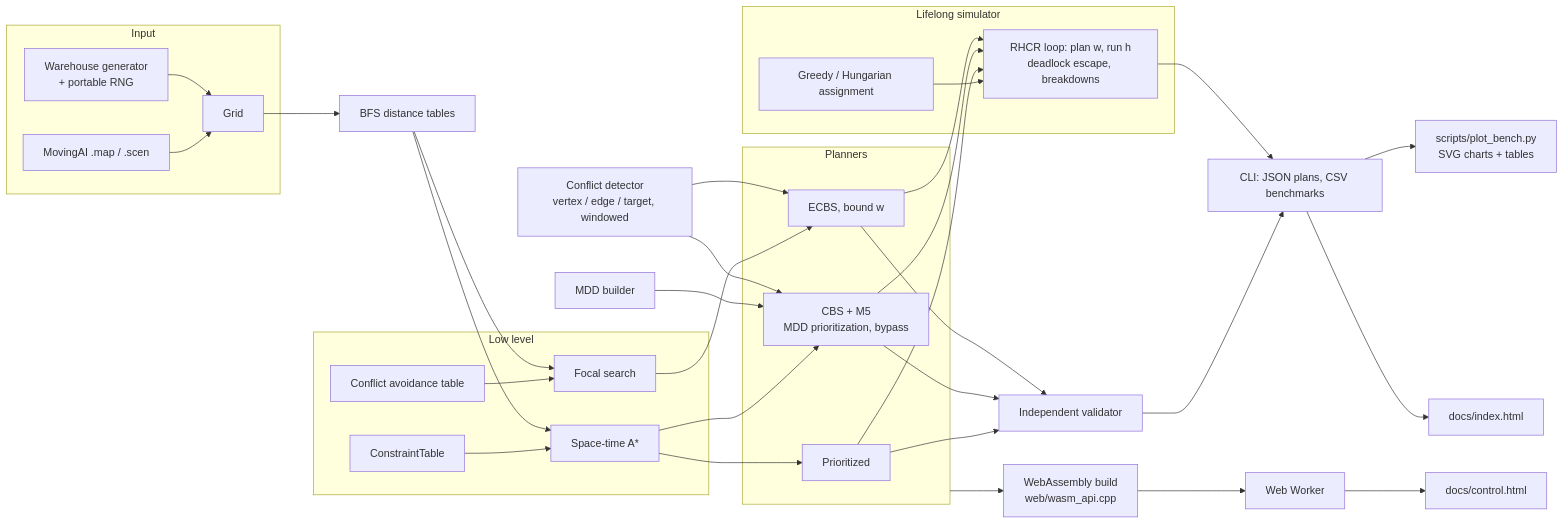
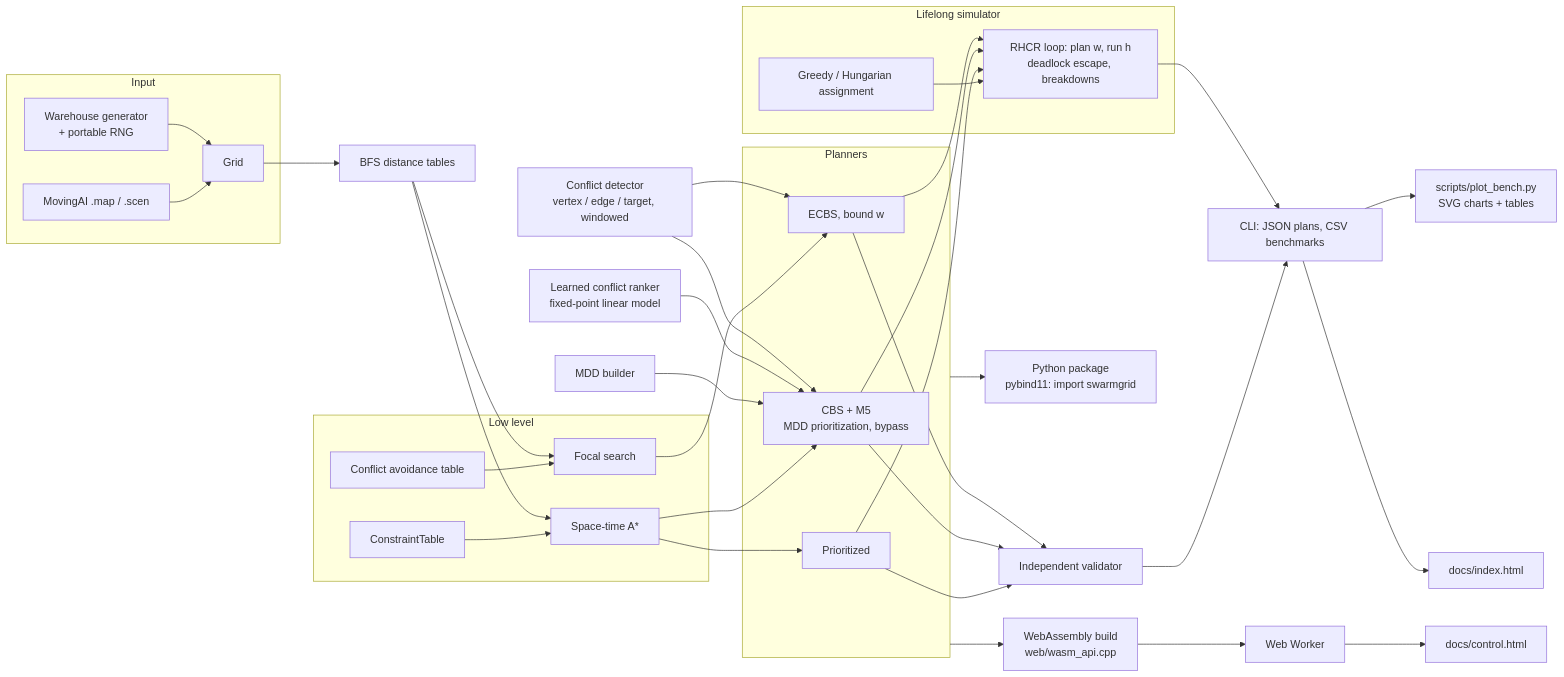
One commit to tabish2786/SwarmGrid changed the diagram in README.md. Above: the diagram before and after it, drawn with Mermaid. The commit also changed other lines of this file and 56 other files, not shown here.

Commit message:
ML-guided CBS conflict selection, Python package, 10x less CBS memory

````diff
--- a/README.md
+++ b/README.md
@@ -57,40 +65,42 @@
 ```mermaid
 flowchart LR
   subgraph input[Input]
     MAP[MovingAI .map / .scen] --> GRID[Grid]
     GEN[Warehouse generator<br/>+ portable RNG] --> GRID
   end
   GRID --> H[BFS distance tables]
   subgraph low[Low level]
     CT[ConstraintTable] --> STA[Space-time A*]
     CAT[Conflict avoidance table] --> FOC[Focal search]
   end
   H --> STA
   H --> FOC
   subgraph high[Planners]
     PP[Prioritized]
     CBS[CBS + M5<br/>MDD prioritization, bypass]
     ECBS[ECBS, bound w]
   end
   STA --> PP
   STA --> CBS
   FOC --> ECBS
   MDD[MDD builder] --> CBS
+  RANK[Learned conflict ranker<br/>fixed-point linear model] --> CBS
   CONF[Conflict detector<br/>vertex / edge / target, windowed] --> CBS
   CONF --> ECBS
   PP --> VAL[Independent validator]
   CBS --> VAL
   ECBS --> VAL
   subgraph life[Lifelong simulator]
     ASG[Greedy / Hungarian assignment] --> RHCR[RHCR loop: plan w, run h<br/>deadlock escape, breakdowns]
   end
   PP --> RHCR
   CBS --> RHCR
   ECBS --> RHCR
   VAL --> OUT[CLI: JSON plans, CSV benchmarks]
   RHCR --> OUT
   OUT --> PLOT[scripts/plot_bench.py<br/>SVG charts + tables]
   high --> WASM[WebAssembly build<br/>web/wasm_api.cpp]
+  high --> PY[Python package<br/>pybind11: import swarmgrid]
   WASM --> WORKER[Web Worker] --> PAGE[docs/control.html]
   OUT --> DASH[docs/index.html]
 ```
````
